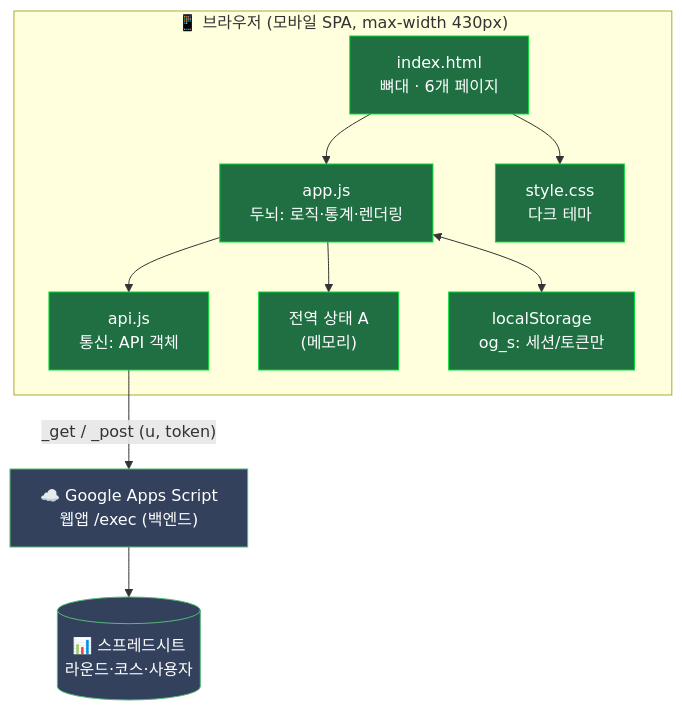
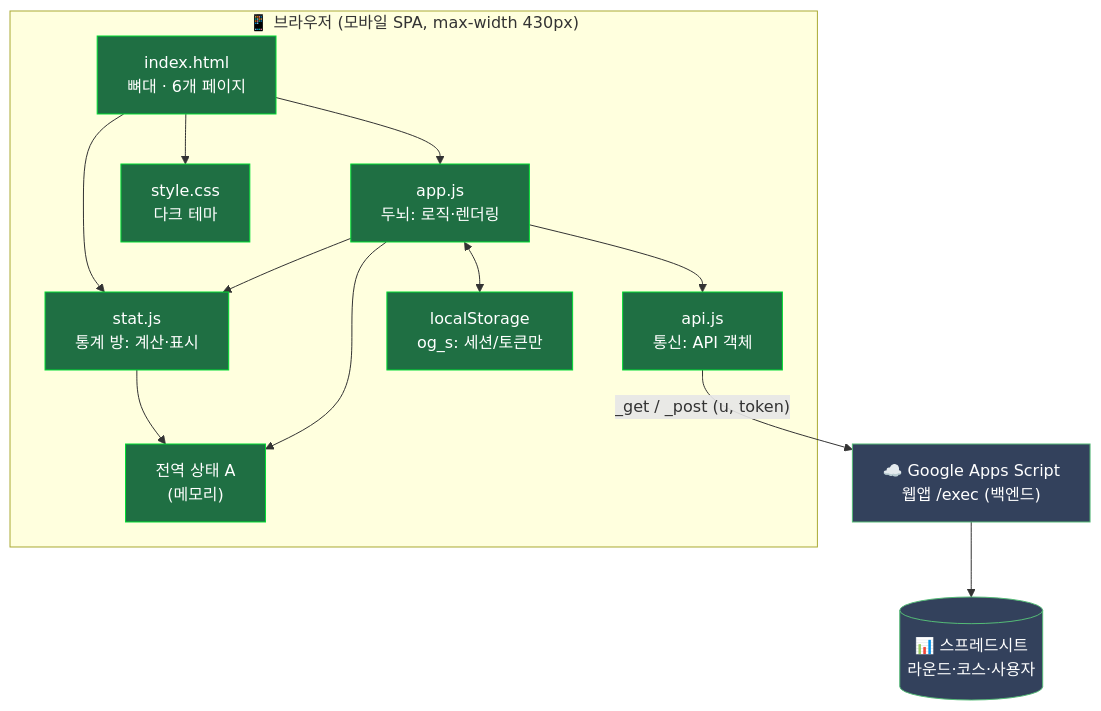
The first of 4 diagrams in README.md (jaehkjang/ongreen), drawn with Mermaid before and after one commit. The commit also changed other lines of this file and 11 other files, not shown here.

````diff
--- a/README.md
+++ b/README.md
@@ -49,28 +50,32 @@
 ```mermaid
 graph TD
     subgraph Browser["📱 브라우저 (모바일 SPA, max-width 430px)"]
         HTML["index.html<br/>뼈대 · 6개 페이지"]
-        APP["app.js<br/>두뇌: 로직·통계·렌더링"]
+        APP["app.js<br/>두뇌: 로직·렌더링"]
+        STAT["stat.js<br/>통계 방: 계산·표시"]
         API["api.js<br/>통신: API 객체"]
         CSS["style.css<br/>다크 테마"]
         STATE["전역 상태 A<br/>(메모리)"]
         LS["localStorage<br/>og_s: 세션/토큰만"]
 
         HTML --> APP
+        HTML --> STAT
         HTML --> CSS
+        APP --> STAT
+        STAT --> STATE
         APP --> STATE
         APP --> API
         APP <--> LS
     end
 
     GAS["☁️ Google Apps Script<br/>웹앱 /exec (백엔드)"]
     SHEET[("📊 스프레드시트<br/>라운드·코스·사용자")]
 
     API -- "_get / _post (u, token)" --> GAS
     GAS --> SHEET
 
     classDef front fill:#1f6f43,stroke:#0d3,color:#fff
     classDef back fill:#33415c,stroke:#5b7,color:#fff
-    class HTML,APP,API,CSS,STATE,LS front
+    class HTML,APP,STAT,API,CSS,STATE,LS front
     class GAS,SHEET back
 ```
````
